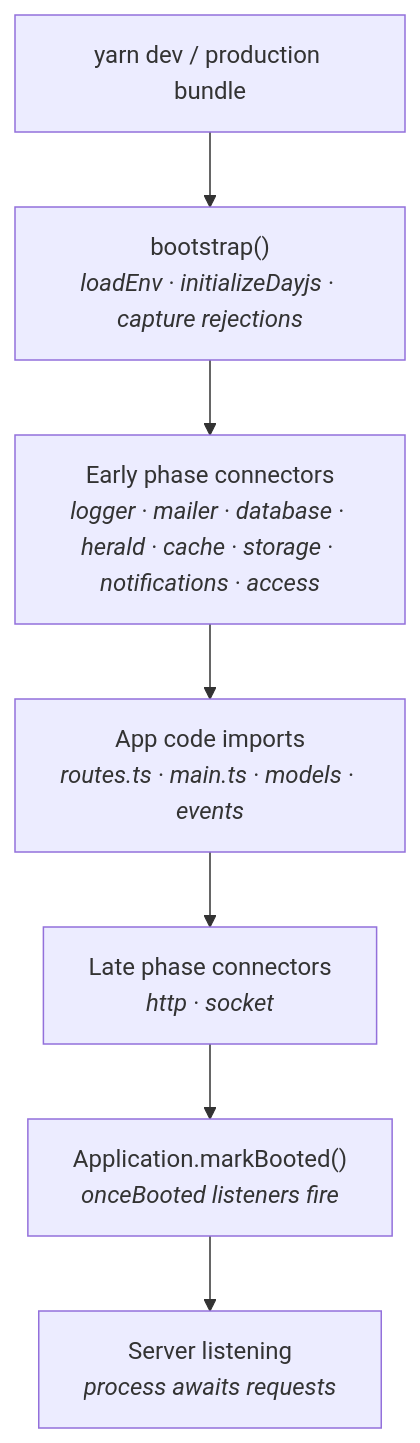
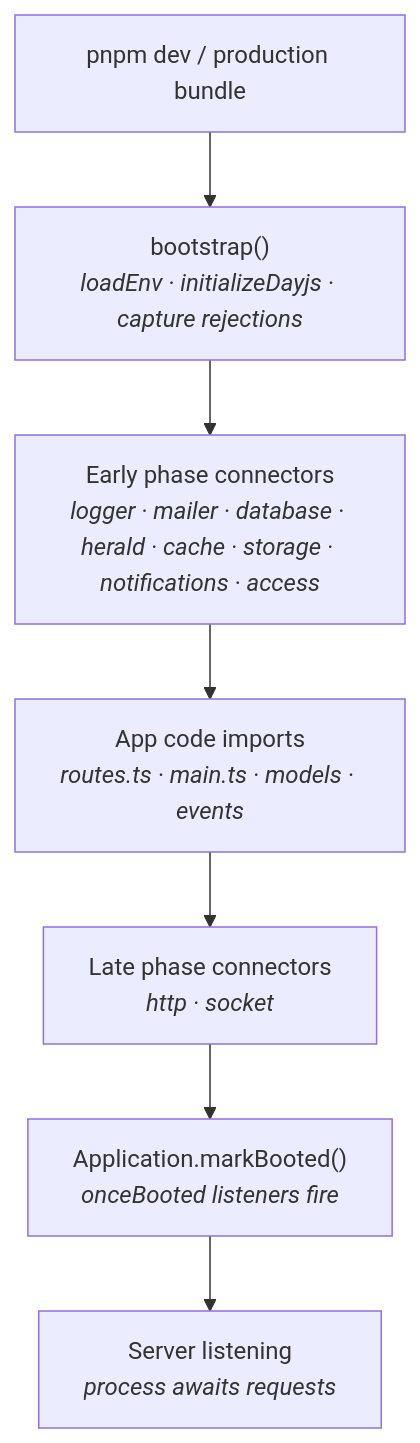
Before and after one commit to warlockjs/documentation: the first of 2 diagrams in src/content/docs/v/latest/core/architecture-concepts/bootstrap-and-connectors.md, drawn with Mermaid. The commit also changed 148 other files, not shown here.

First line of the commit message:
docs: yarn -> pnpm in install and run instructions

````diff
--- a/src/content/docs/v/latest/core/architecture-concepts/bootstrap-and-connectors.md
+++ b/src/content/docs/v/latest/core/architecture-concepts/bootstrap-and-connectors.md
@@ -15,17 +15,17 @@
 ```mermaid
 flowchart TD
-    cli["yarn dev / production bundle"]
+    cli["pnpm dev / production bundle"]
     boot["bootstrap()<br/><i>loadEnv · initializeDayjs · capture rejections</i>"]
     early["Early phase connectors<br/><i>logger · mailer · database · herald · cache · storage · notifications · access</i>"]
     appcode["App code imports<br/><i>routes.ts · main.ts · models · events</i>"]
     late["Late phase connectors<br/><i>http · socket</i>"]
     booted["Application.markBooted()<br/><i>onceBooted listeners fire</i>"]
     listening["Server listening<br/><i>process awaits requests</i>"]
 
     cli --> boot
     boot --> early
     early --> appcode
     appcode --> late
     late --> booted
     booted --> listening
 ```
````
